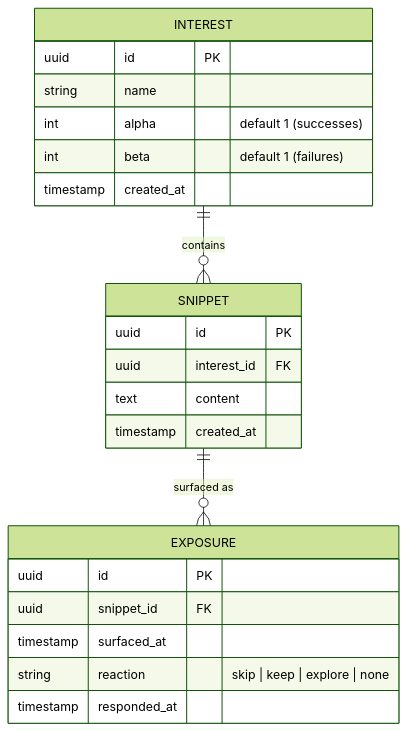
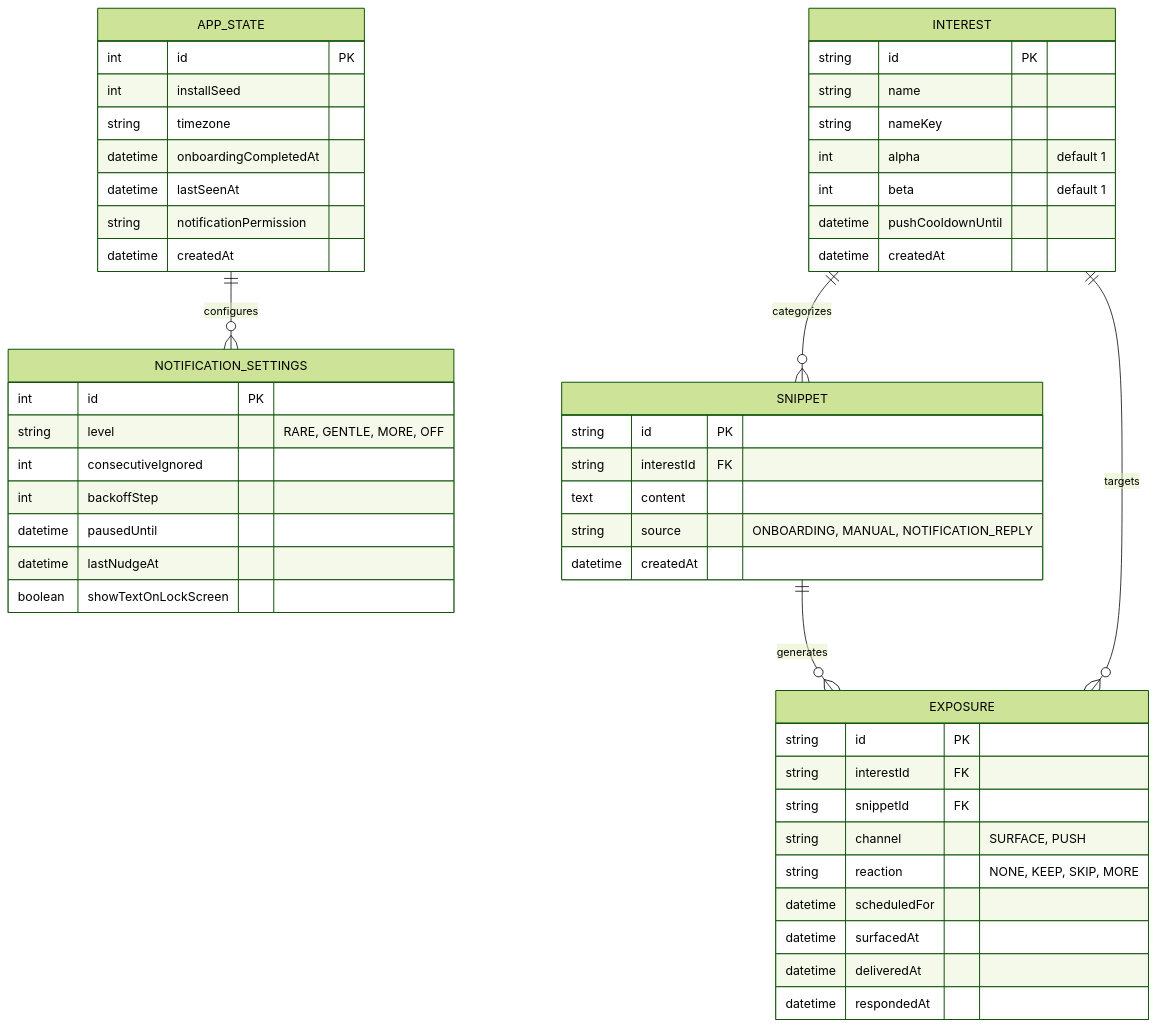
The third of 4 diagrams in docs/architecture.md (VishalWadg/Rekindle), drawn with Mermaid (forest theme) before and after one commit. The commit also changed other lines of this file and 3 other files, not shown here.

Commit message:
feat: enforce base interests/memories in onboarding, upgrade frequency UI, remove test settings, and update architecture/ADR docs

````diff
--- a/docs/architecture.md
+++ b/docs/architecture.md
@@ -47,26 +74,53 @@
 ```mermaid
 erDiagram
-    INTEREST ||--o{ SNIPPET : "contains"
-    SNIPPET ||--o{ EXPOSURE : "surfaced as"
+    APP_STATE ||--o{ NOTIFICATION_SETTINGS : "configures"
+    INTEREST ||--o{ SNIPPET : "categorizes"
+    SNIPPET ||--o{ EXPOSURE : "generates"
+    INTEREST ||--o{ EXPOSURE : "targets"
 
+    APP_STATE {
+        int id PK
+        int installSeed
+        string timezone
+        datetime onboardingCompletedAt
+        datetime lastSeenAt
+        string notificationPermission
+        datetime createdAt
+    }
     INTEREST {
-        uuid id PK
+        string id PK
         string name
-        int alpha "default 1 (successes)"
-        int beta "default 1 (failures)"
-        timestamp created_at
+        string nameKey
+        int alpha "default 1"
+        int beta "default 1"
+        datetime pushCooldownUntil
+        datetime createdAt
     }
     SNIPPET {
-        uuid id PK
-        uuid interest_id FK
+        string id PK
+        string interestId FK
         text content
-        timestamp created_at
+        string source "ONBOARDING, MANUAL, NOTIFICATION_REPLY"
+        datetime createdAt
     }
     EXPOSURE {
-        uuid id PK
-        uuid snippet_id FK
-        timestamp surfaced_at
-        string reaction "skip | keep | explore | none"
-        timestamp responded_at
+        string id PK
+        string interestId FK
+        string snippetId FK
+        string channel "SURFACE, PUSH"
+        string reaction "NONE, KEEP, SKIP, MORE"
+        datetime scheduledFor
+        datetime surfacedAt
+        datetime deliveredAt
+        datetime respondedAt
+    }
+    NOTIFICATION_SETTINGS {
+        int id PK
+        string level "RARE, GENTLE, MORE, OFF"
+        int consecutiveIgnored
+        int backoffStep
+        datetime pausedUntil
+        datetime lastNudgeAt
+        boolean showTextOnLockScreen
     }
 ```
````
